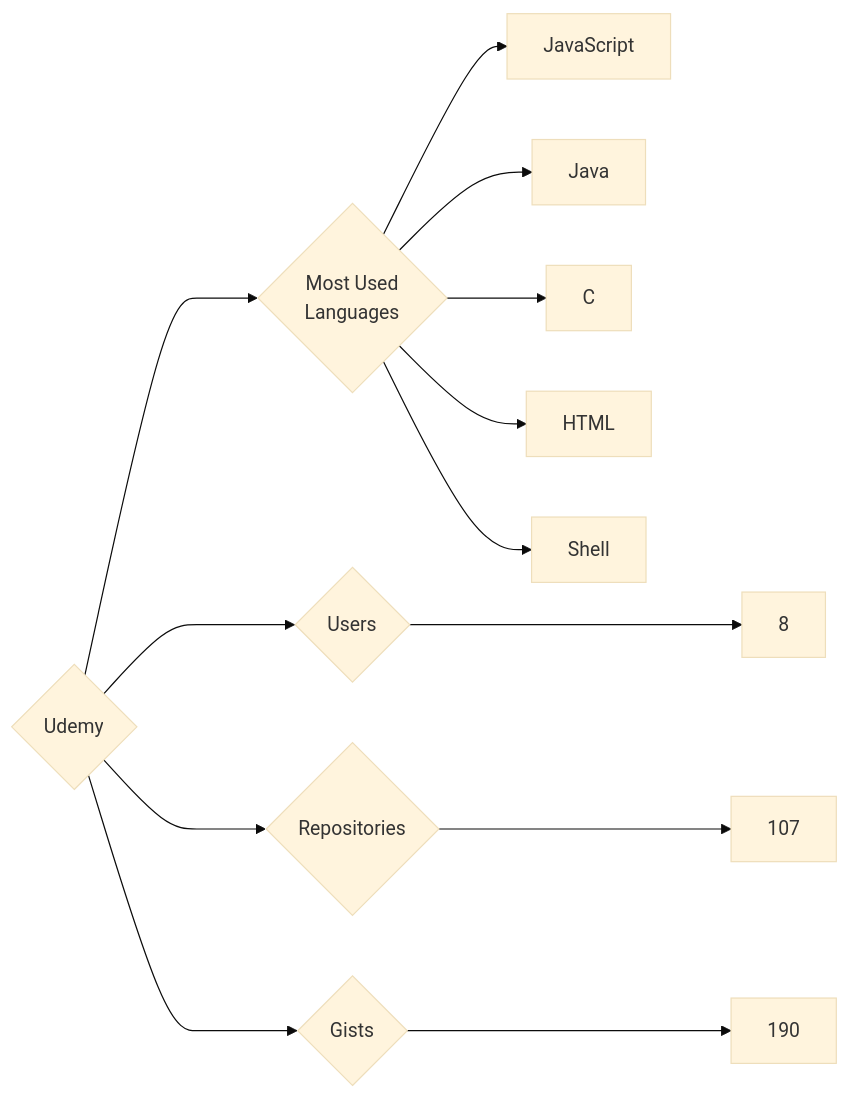
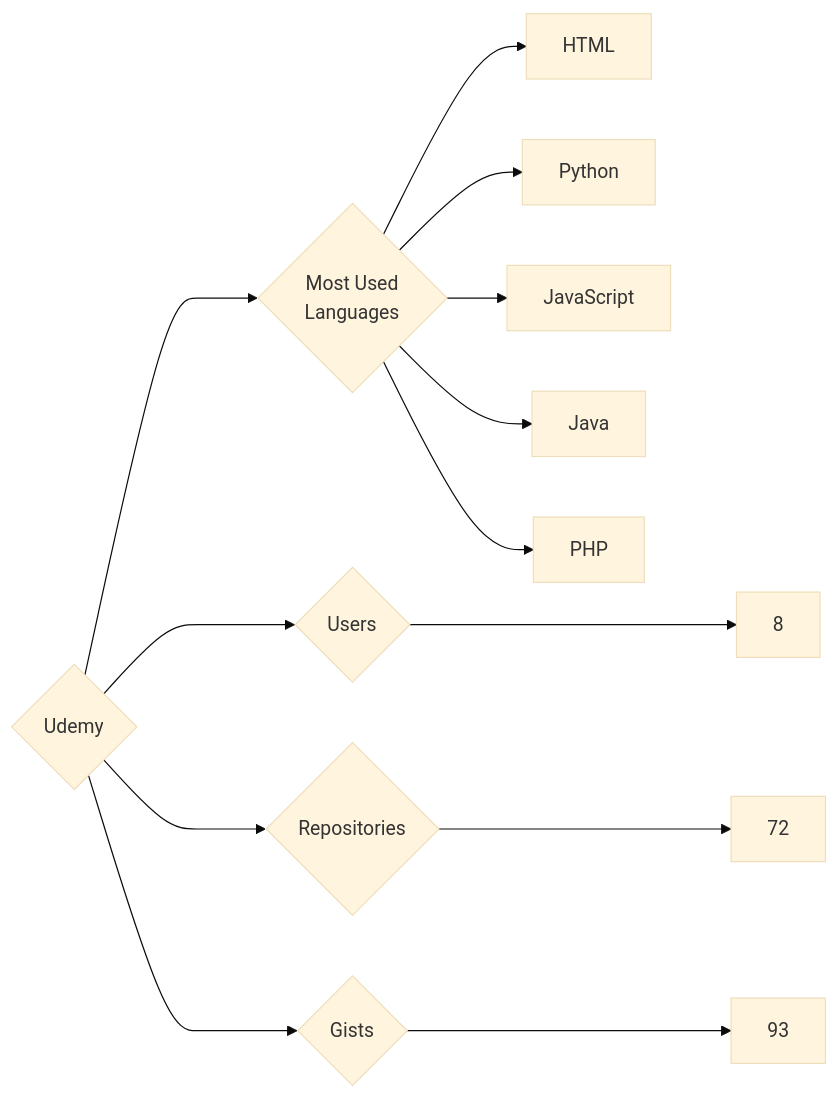
The diagram in targets/Udemy/README.md (trickest/insiders), drawn with Mermaid (base theme) before and after one commit. The commit also changed 582 other files, not shown here.

````diff
--- a/targets/Udemy/README.md
+++ b/targets/Udemy/README.md
@@ -3,13 +3,13 @@
 ```mermaid
 graph LR
 COMPANY_NAME{Udemy}
 COMPANY_NAME ---> U{Users} ---> UN[8]
-COMPANY_NAME ---> R{Repositories} ---> RN[107]
-COMPANY_NAME ---> G{Gists} ---> GN[190]
+COMPANY_NAME ---> R{Repositories} ---> RN[72]
+COMPANY_NAME ---> G{Gists} ---> GN[93]
 COMPANY_NAME ---> ML{Most Used<br>Languages}
+ML --> HTML[HTML]
+ML --> Python[Python]
 ML --> JavaScript[JavaScript]
 ML --> Java[Java]
-ML --> C[C]
-ML --> HTML[HTML]
-ML --> Shell[Shell]
+ML --> PHP[PHP]
 ```
````
